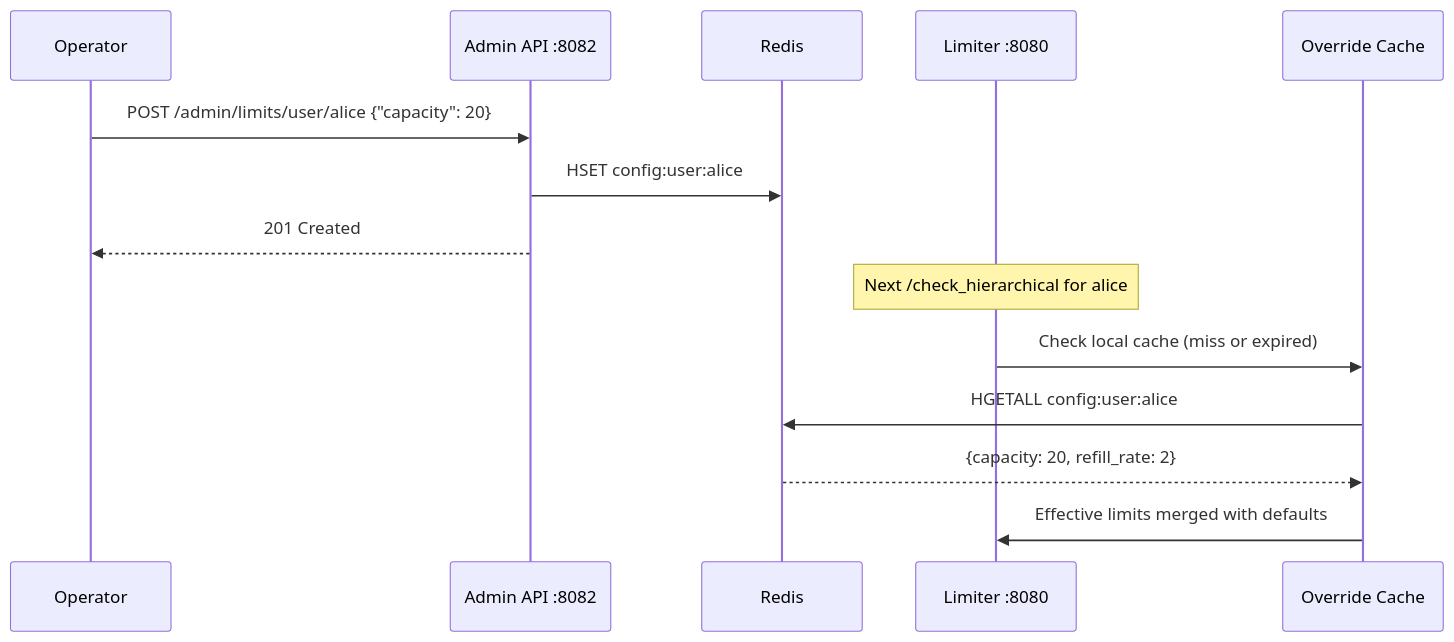
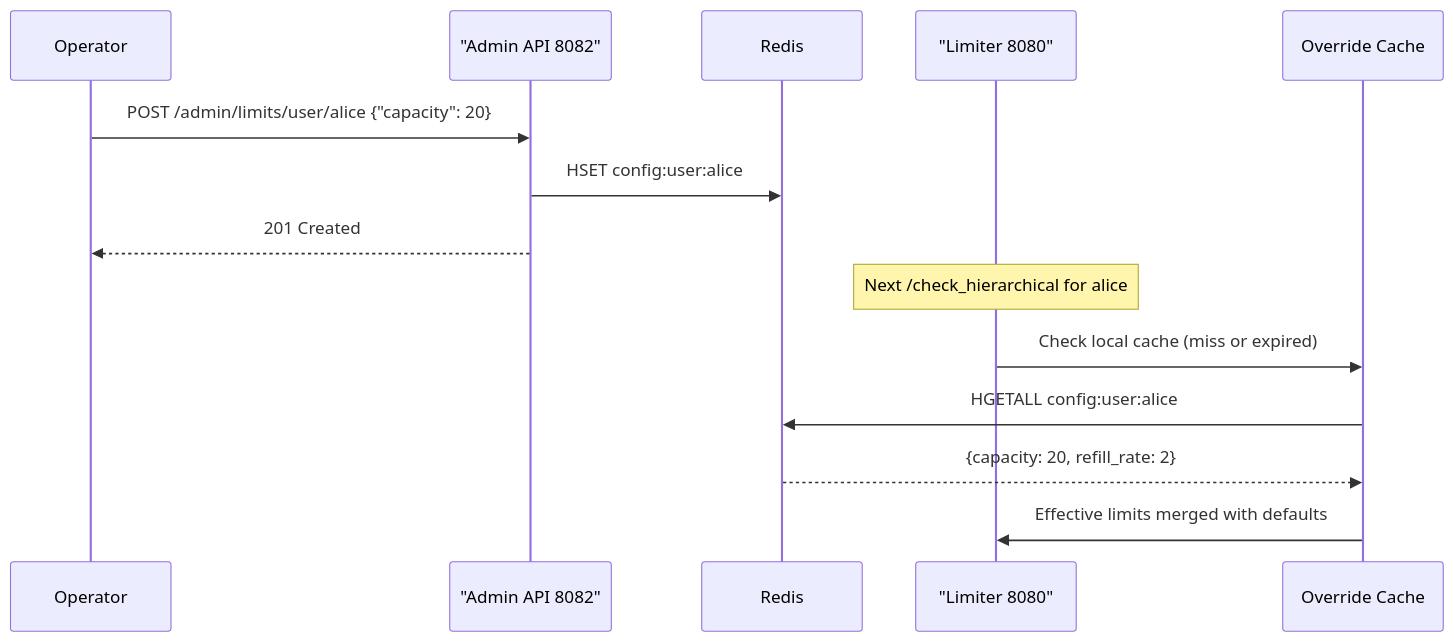
Before and after one commit to RUDRA-PRATAP-SINGH01/Distributed-rate-limiter: diagram 17 of 22 in README.md, drawn with Mermaid. The commit also changed other lines of this file and 35 other files, not shown here.

Commit message:
updated the docs diagrams

````diff
--- a/README.md
+++ b/README.md
@@ -1074,18 +1077,18 @@
 ```mermaid
 sequenceDiagram
     participant OP as Operator
-    participant ADM as Admin API :8082
+    participant ADM as "Admin API 8082"
     participant R as Redis
-    participant L as Limiter :8080
+    participant L as "Limiter 8080"
     participant S as Override Cache
 
     OP->>ADM: POST /admin/limits/user/alice {"capacity": 20}
     ADM->>R: HSET config:user:alice
     ADM-->>OP: 201 Created
 
     Note over L: Next /check_hierarchical for alice
     L->>S: Check local cache (miss or expired)
     S->>R: HGETALL config:user:alice
     R-->>S: {capacity: 20, refill_rate: 2}
     S->>L: Effective limits merged with defaults
 ```
````
